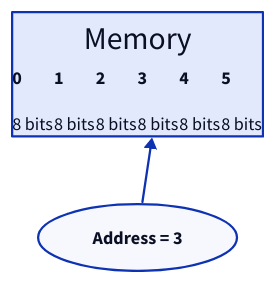
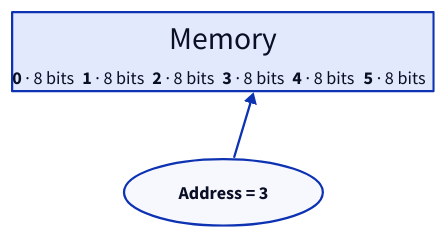
The fourth of 19 diagrams in src/computer-science/DSA/data-structures/1.arrays/01-introduction.md (ani2fun/note-book), drawn with D2 before and after one commit. The commit also changed other lines of this file, not shown here.

````diff
--- a/src/computer-science/DSA/data-structures/1.arrays/01-introduction.md
+++ b/src/computer-science/DSA/data-structures/1.arrays/01-introduction.md
@@ -142,43 +142,31 @@
 ```d2
 direction: right
 
 mem: Memory {
   grid-columns: 6
   grid-gap: 0
   b0: |md
-    **0**
-
-    8 bits
+    **0** · 8 bits
   |
   b1: |md
-    **1**
-
-    8 bits
+    **1** · 8 bits
   |
   b2: |md
-    **2**
-
-    8 bits
+    **2** · 8 bits
   |
   b3: |md
-    **3**
-
-    8 bits
+    **3** · 8 bits
   |
   b4: |md
-    **4**
-
-    8 bits
+    **4** · 8 bits
   |
   b5: |md
-    **5**
-
-    8 bits
+    **5** · 8 bits
   |
 }
 
 addr: Address = 3 {
   shape: oval
 }
 addr -> mem.b3
 ```
````
